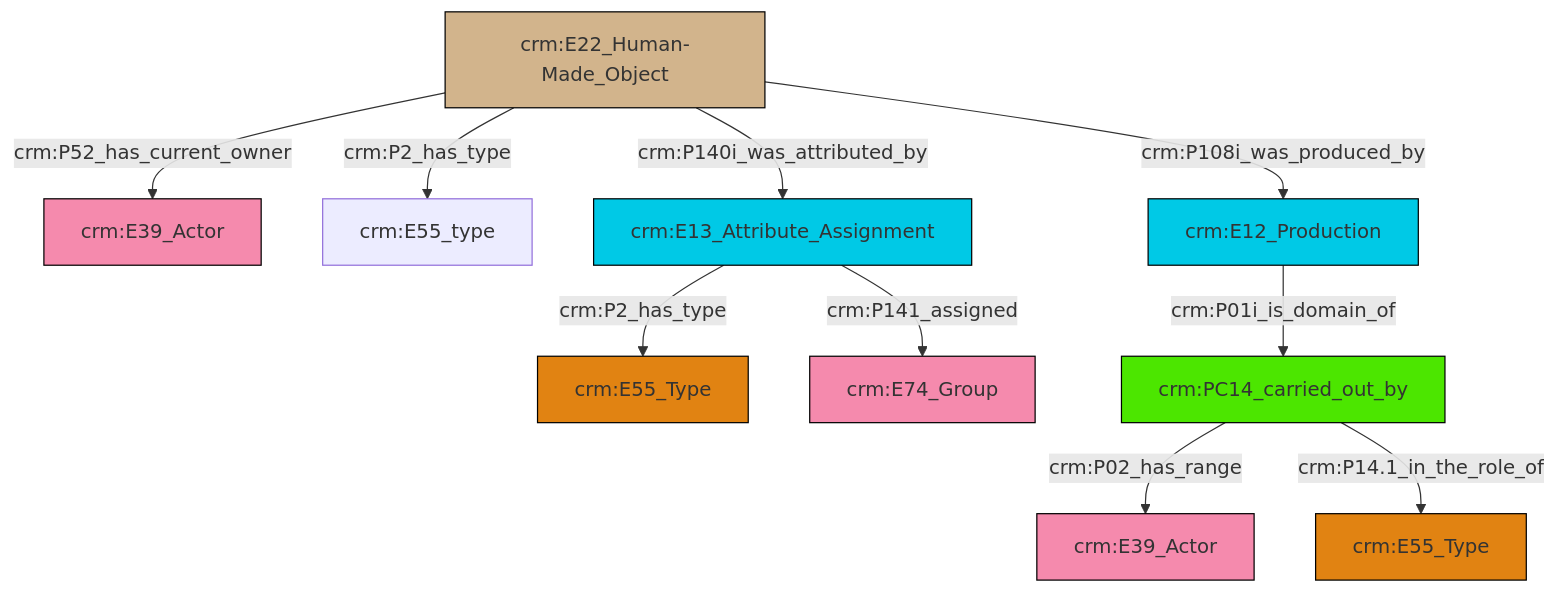
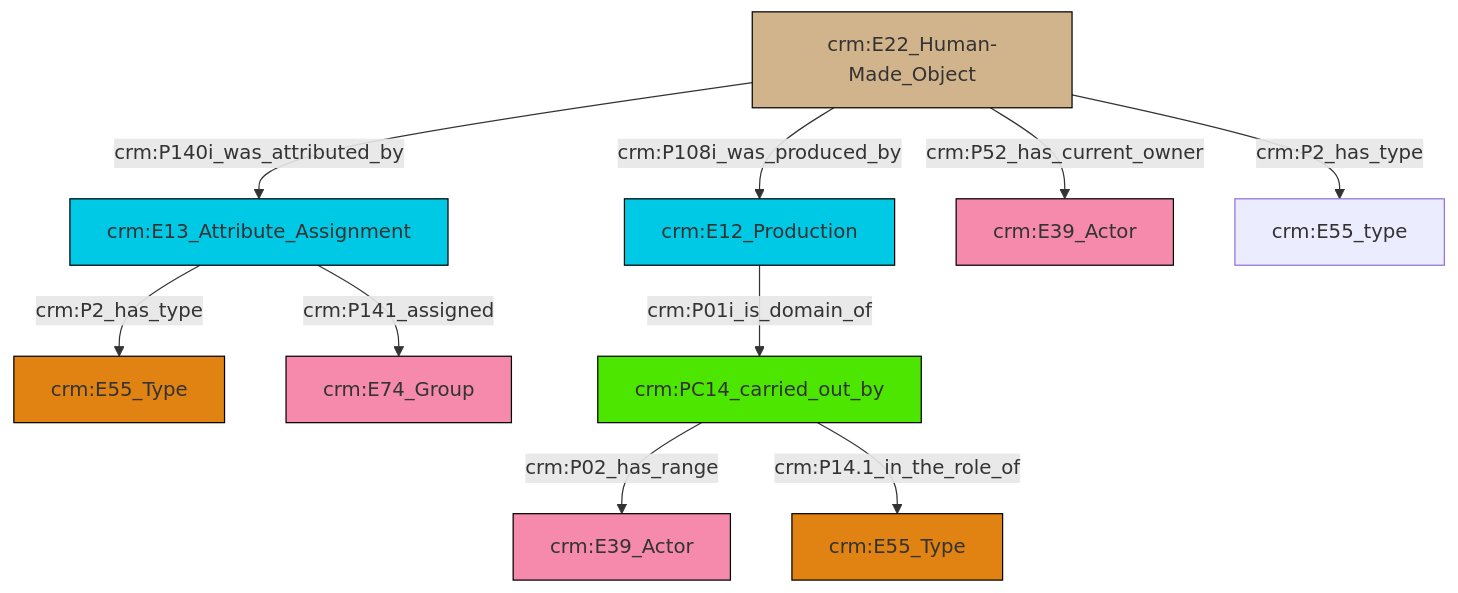
One commit to swiss-art-research-net/reference-data-models changed the diagram in et/builtWorkCSV/ttl/mmd/Built_Work_actor_relations.ttl.mmd. Above: the diagram before and after it, drawn with Mermaid. The commit also changed 123 other files, not shown here.

```diff
--- a/et/builtWorkCSV/ttl/mmd/Built_Work_actor_relations.ttl.mmd
+++ b/et/builtWorkCSV/ttl/mmd/Built_Work_actor_relations.ttl.mmd
@@ -1,24 +1,24 @@
 graph TD
 classDef Literal fill:#f2f2f2,stroke:#000000;
 classDef CRM_Entity fill:#FFFFFF,stroke:#000000;
 classDef Temporal_Entity fill:#00C9E6, stroke:#000000;
 classDef Type fill:#E18312, stroke:#000000;
 classDef Time-Span fill:#2C9C91, stroke:#000000;
 classDef Appellation fill:#FFEB7F, stroke:#000000;
 classDef Place fill:#008836, stroke:#000000;
 classDef Persistent_Item fill:#B266B2, stroke:#000000;
 classDef Conceptual_Object fill:#FFD700, stroke:#000000;
 classDef Physical_Thing fill:#D2B48C, stroke:#000000;
 classDef Actor fill:#f58aad, stroke:#000000;
 classDef PC_Classes fill:#4ce600, stroke:#000000;
 classDef Multi fill:#cccccc,stroke:#000000;
 
-0["crm:E22_Human-Made_Object"]:::Physical_Thing -->|crm:P52_has_current_owner| 1["crm:E39_Actor"]:::Actor
-0["crm:E22_Human-Made_Object"]:::Physical_Thing -->|crm:P2_has_type| 2["crm:E55_type"]:::Default
-6["crm:E13_Attribute_Assignment"]:::Temporal_Entity -->|crm:P141_assigned| 7["crm:E74_Group"]:::Actor
-11["crm:E12_Production"]:::Temporal_Entity -->|crm:P01i_is_domain_of| 12["crm:PC14_carried_out_by"]:::PC_Classes
-12["crm:PC14_carried_out_by"]:::PC_Classes -->|crm:P02_has_range| 13["crm:E39_Actor"]:::Actor
-6["crm:E13_Attribute_Assignment"]:::Temporal_Entity -->|crm:P2_has_type| 3["crm:E55_Type"]:::Type
-0["crm:E22_Human-Made_Object"]:::Physical_Thing -->|crm:P108i_was_produced_by| 11["crm:E12_Production"]:::Temporal_Entity
-0["crm:E22_Human-Made_Object"]:::Physical_Thing -->|crm:P140i_was_attributed_by| 6["crm:E13_Attribute_Assignment"]:::Temporal_Entity
-12["crm:PC14_carried_out_by"]:::PC_Classes -->|crm:P14.1_in_the_role_of| 14["crm:E55_Type"]:::Type
+0["crm:E13_Attribute_Assignment"]:::Temporal_Entity -->|crm:P2_has_type| 1["crm:E55_Type"]:::Type
+2["crm:E22_Human-Made_Object"]:::Physical_Thing -->|crm:P140i_was_attributed_by| 0["crm:E13_Attribute_Assignment"]:::Temporal_Entity
+12["crm:PC14_carried_out_by"]:::PC_Classes -->|crm:P02_has_range| 4["crm:E39_Actor"]:::Actor
+0["crm:E13_Attribute_Assignment"]:::Temporal_Entity -->|crm:P141_assigned| 13["crm:E74_Group"]:::Actor
+2["crm:E22_Human-Made_Object"]:::Physical_Thing -->|crm:P108i_was_produced_by| 10["crm:E12_Production"]:::Temporal_Entity
+2["crm:E22_Human-Made_Object"]:::Physical_Thing -->|crm:P52_has_current_owner| 6["crm:E39_Actor"]:::Actor
+12["crm:PC14_carried_out_by"]:::PC_Classes -->|crm:P14.1_in_the_role_of| 18["crm:E55_Type"]:::Type
+10["crm:E12_Production"]:::Temporal_Entity -->|crm:P01i_is_domain_of| 12["crm:PC14_carried_out_by"]:::PC_Classes
+2["crm:E22_Human-Made_Object"]:::Physical_Thing -->|crm:P2_has_type| 16["crm:E55_type"]:::Default
```
